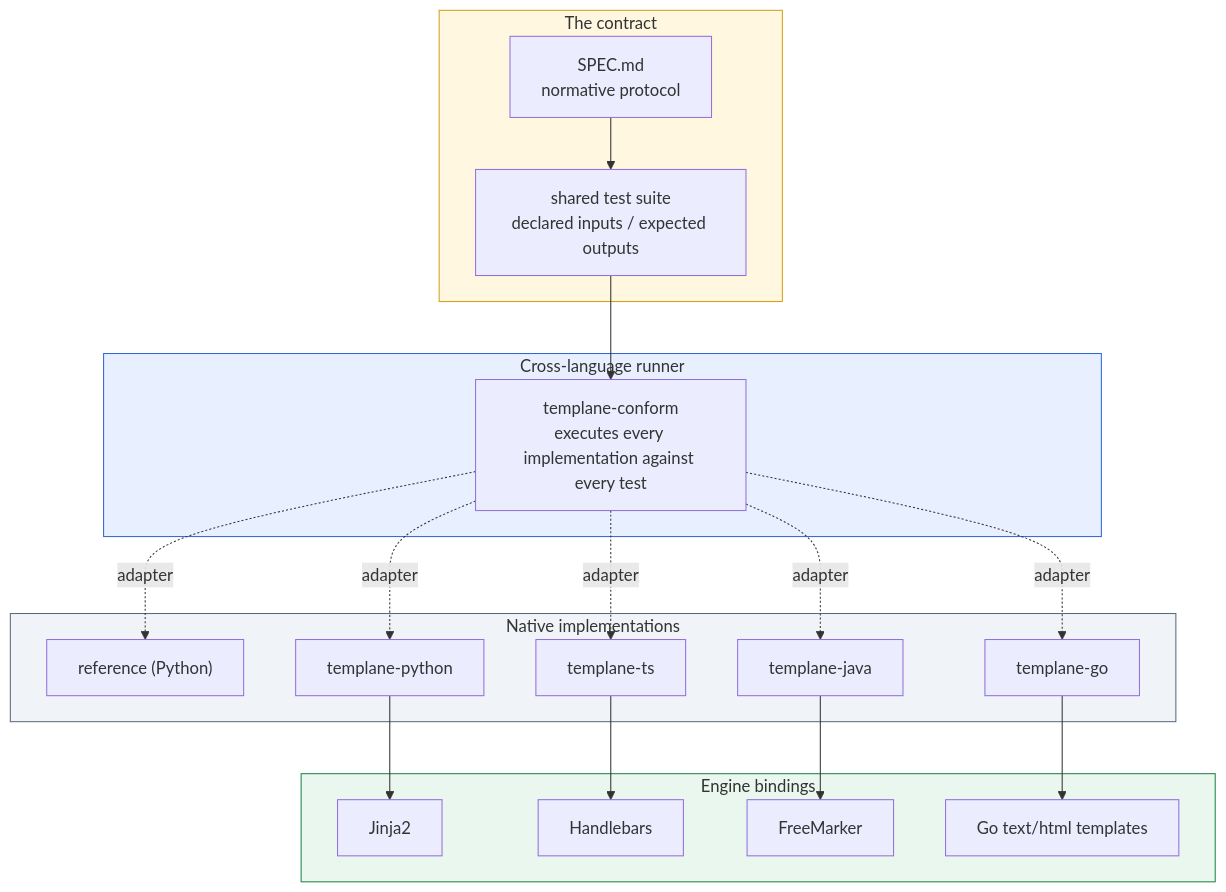
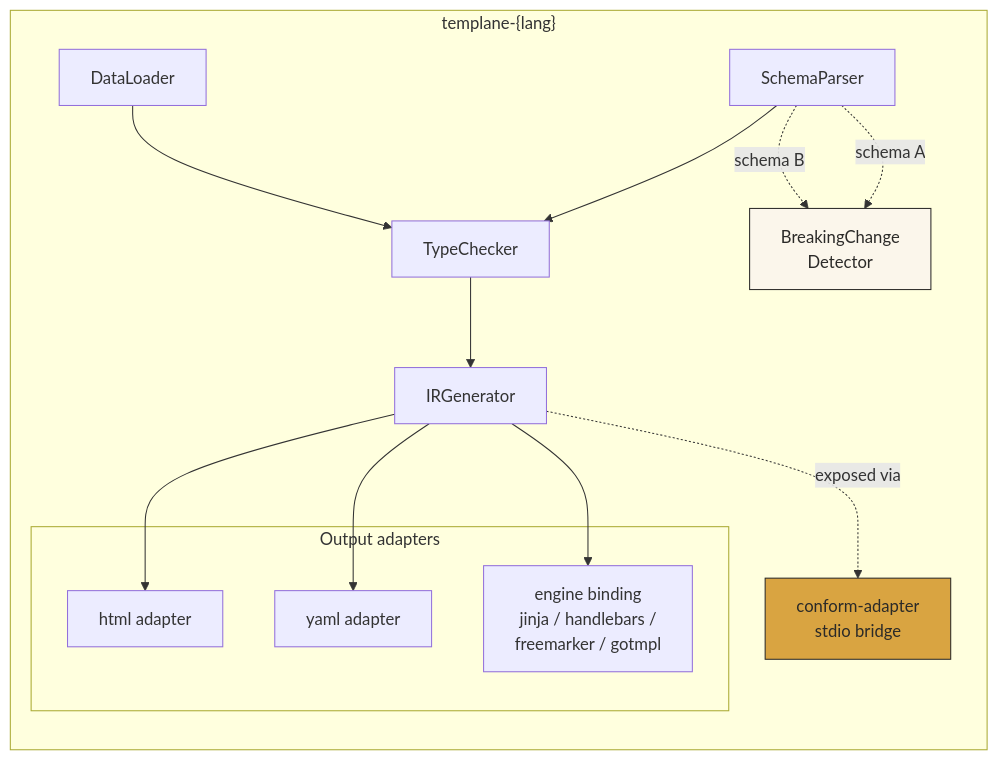
The first of 3 diagrams in README.md (ereshzealous/Templane), drawn with Mermaid before and after one commit. The commit also changed other lines of this file and 1 other file, not shown here.

First line of the commit message:
docs: refocus README architecture sections on end users

````diff
--- a/README.md
+++ b/README.md
@@ -103,44 +103,33 @@
 ```mermaid
 flowchart TB
-    subgraph contract["The contract"]
-        spec["SPEC.md<br/>normative protocol"]
-        fixtures["shared test suite<br/>declared inputs / expected outputs"]
-        spec --> fixtures
+    subgraph lang["templane-{lang}"]
+        direction TB
+        SP[SchemaParser]
+        DL[DataLoader]
+        TC[TypeChecker]
+        IR[IRGenerator]
+        BCD[BreakingChange<br/>Detector]
+
+        subgraph adapters["Output adapters"]
+            HTML[html adapter]
+            YAML[yaml adapter]
+            ENG[engine binding<br/>jinja / handlebars /<br/>freemarker / gotmpl]
+        end
+
+        CONF[conform-adapter<br/>stdio bridge]
     end
 
-    subgraph runner["Cross-language runner"]
-        conform["templane-conform<br/>executes every implementation against every test"]
-    end
+    SP --> TC
+    DL --> TC
+    TC --> IR
+    IR --> HTML
+    IR --> YAML
+    IR --> ENG
+    SP -.schema A.-> BCD
+    SP -.schema B.-> BCD
 
-    subgraph impls["Native implementations"]
-        ref["reference (Python)"]
-        py["templane-python"]
-        ts["templane-ts"]
-        java["templane-java"]
-        go["templane-go"]
-    end
+    IR -.exposed via.-> CONF
 
-    subgraph engines["Engine bindings"]
-        jinja["Jinja2"]
-        hbars["Handlebars"]
-        freemarker["FreeMarker"]
-        gostd["Go text/html templates"]
-    end
-
-    fixtures --> conform
-    conform -.adapter.-> ref
-    conform -.adapter.-> py
-    conform -.adapter.-> ts
-    conform -.adapter.-> java
-    conform -.adapter.-> go
-
-    py --> jinja
-    ts --> hbars
-    java --> freemarker
-    go --> gostd
-
-    style contract fill:#fff7e0,stroke:#d4a017
-    style runner fill:#e8f0ff,stroke:#3367d6
-    style impls fill:#f0f4f8,stroke:#5a6b7d
-    style engines fill:#e9f7ef,stroke:#1e8449
+    style CONF fill:#D9A441,color:#2B2A28,stroke:#2B2A28
+    style BCD fill:#FBF6EB,color:#2B2A28,stroke:#2B2A28
 ```
````
